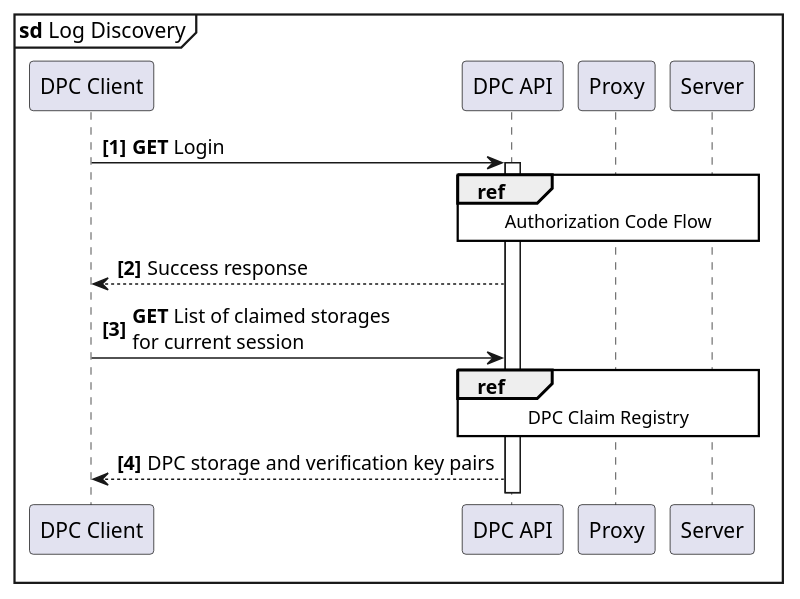
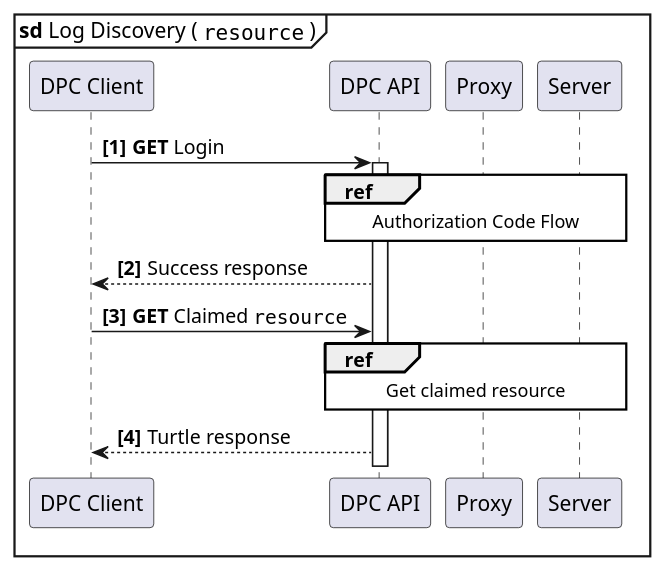
The diagram in docs/resources/diagrams/sd_Log_discovery.puml (guddii/SEACT), drawn with PlantUML before and after one commit. The commit also changed 63 other files, not shown here.

```diff
--- a/docs/resources/diagrams/sd_Log_discovery.puml
+++ b/docs/resources/diagrams/sd_Log_discovery.puml
@@ -1,20 +1,20 @@
 @startuml
 'https://plantuml.com/sequence-diagram
 
 skinparam sequenceReferenceBackgroundColor white
 
-mainframe **sd** Log Discovery
+mainframe **sd** Log Discovery ( ""resource"" )
 autonumber 1 1 "<b>[0]"
 
 participant "DPC Client" as DPC_Client
 participant "DPC API" as DPC_API
 participant "Proxy" as Proxy
 participant "Server" as Server
 
 DPC_Client  ->  DPC_API             ++  : **GET** Login
 ref over DPC_API,Proxy,Server           : Authorization Code Flow
 DPC_Client  <-- DPC_API                 : Success response
-DPC_Client  ->  DPC_API                 : **GET** List of claimed storages\nfor current session
-ref over DPC_API,Proxy,Server           : DPC Claim Registry
-DPC_Client  <-- DPC_API                 : DPC storage and verification key pairs
+DPC_Client  ->  DPC_API                 : **GET** Claimed ""resource""
+ref over DPC_API,Proxy,Server           : Get claimed resource
+DPC_Client  <-- DPC_API                 : Turtle response
 @enduml
```
